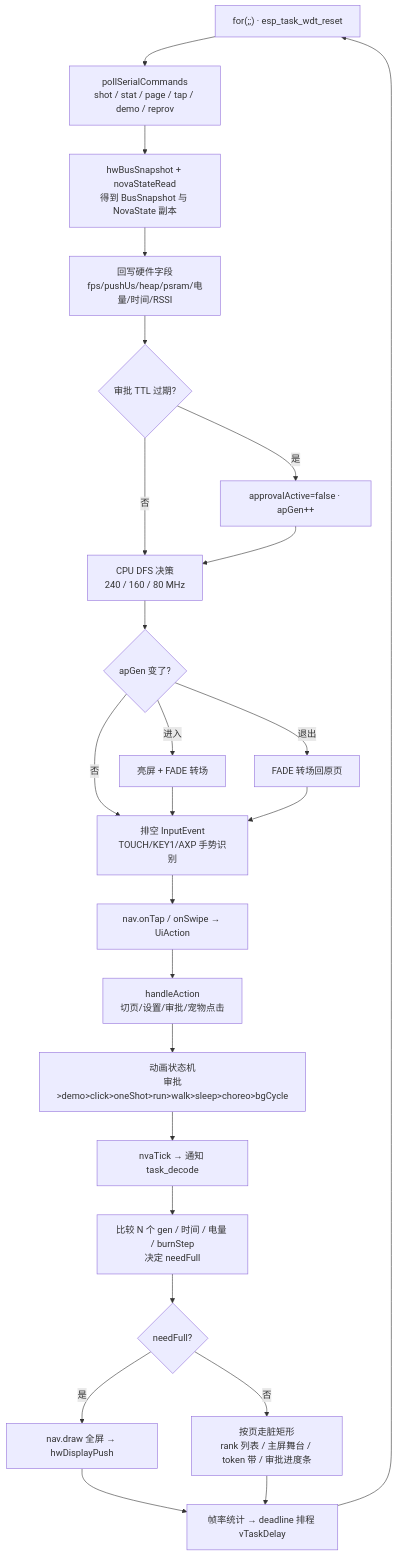
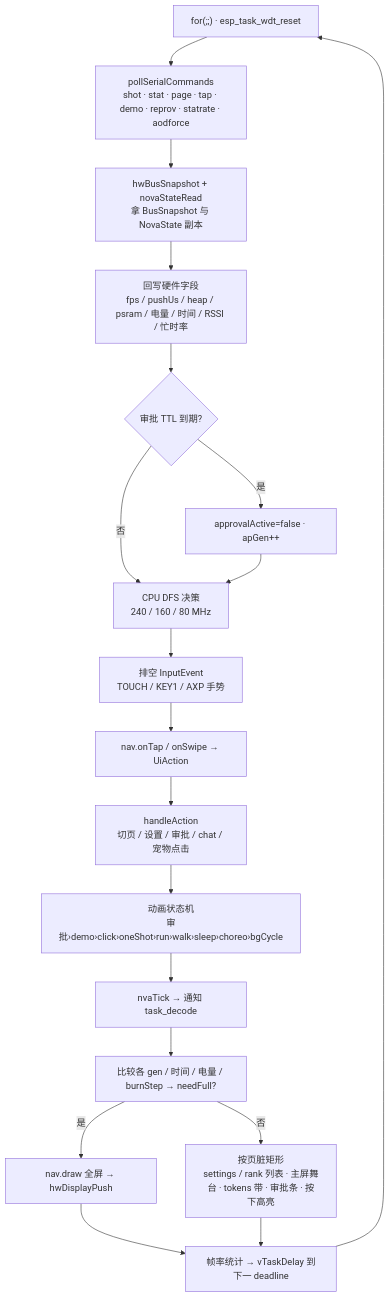
One commit to JAYcodr/whale-buddy-esp32 changed the second of 11 diagrams in docs/ARCHITECTURE.md. Above: the diagram before and after it, drawn with Mermaid. The commit also changed other lines of this file and 26 other files, not shown here.

````diff
--- a/docs/ARCHITECTURE.md
+++ b/docs/ARCHITECTURE.md
@@ -240,27 +176,21 @@
 ```mermaid
 flowchart TD
-    A["for(;;) · esp_task_wdt_reset"] --> B["pollSerialCommands<br/>shot / stat / page / tap / demo / reprov"]
-    B --> C["hwBusSnapshot + novaStateRead<br/>得到 BusSnapshot 与 NovaState 副本"]
-    C --> D["回写硬件字段<br/>fps/pushUs/heap/psram/电量/时间/RSSI"]
-    D --> E{"审批 TTL 过期?"}
+    A["for(;;) · esp_task_wdt_reset"] --> B["pollSerialCommands<br/>shot · stat · page · tap · demo · reprov · statrate · aodforce"]
+    B --> C["hwBusSnapshot + novaStateRead<br/>拿 BusSnapshot 与 NovaState 副本"]
+    C --> D["回写硬件字段<br/>fps / pushUs / heap / psram / 电量 / 时间 / RSSI / 忙时率"]
+    D --> E{"审批 TTL 到期?"}
     E -->|是| F["approvalActive=false · apGen++"]
     E -->|否| G["CPU DFS 决策<br/>240 / 160 / 80 MHz"]
     F --> G
-    G --> H{"apGen 变了?"}
-    H -->|"进入"| I["亮屏 + FADE 转场"]
-    H -->|"退出"| J["FADE 转场回原页"]
-    H -->|否| K["排空 InputEvent<br/>TOUCH/KEY1/AXP 手势识别"]
-    I --> K
-    J --> K
-    K --> L["nav.onTap / onSwipe → UiAction"]
-    L --> M["handleAction<br/>切页/设置/审批/宠物点击"]
-    M --> N["动画状态机<br/>审批>demo>click>oneShot>run>walk>sleep>choreo>bgCycle"]
-    N --> O["nvaTick → 通知 task_decode"]
-    O --> P["比较 N 个 gen / 时间 / 电量 / burnStep<br/>决定 needFull"]
-    P --> Q{"needFull?"}
-    Q -->|是| R["nav.draw 全屏 → hwDisplayPush"]
-    Q -->|否| S["按页走脏矩形<br/>rank 列表 / 主屏舞台 / token 带 / 审批进度条"]
-    R --> T["帧率统计 → deadline 排程 vTaskDelay"]
-    S --> T
-    T --> A
+    G --> H["排空 InputEvent<br/>TOUCH / KEY1 / AXP 手势"]
+    H --> I["nav.onTap / onSwipe → UiAction"]
+    I --> J["handleAction<br/>切页 / 设置 / 审批 / chat / 宠物点击"]
+    J --> K["动画状态机<br/>审批›demo›click›oneShot›run›walk›sleep›choreo›bgCycle"]
+    K --> L["nvaTick → 通知 task_decode"]
+    L --> M["比较各 gen / 时间 / 电量 / burnStep → needFull?"]
+    M -->|是| N["nav.draw 全屏 → hwDisplayPush"]
+    M -->|否| O["按页脏矩形<br/>settings / rank 列表 · 主屏舞台 · tokens 带 · 审批条 · 按下高亮"]
+    N --> P["帧率统计 → vTaskDelay 到下一 deadline"]
+    O --> P
+    P --> A
 ```
````
